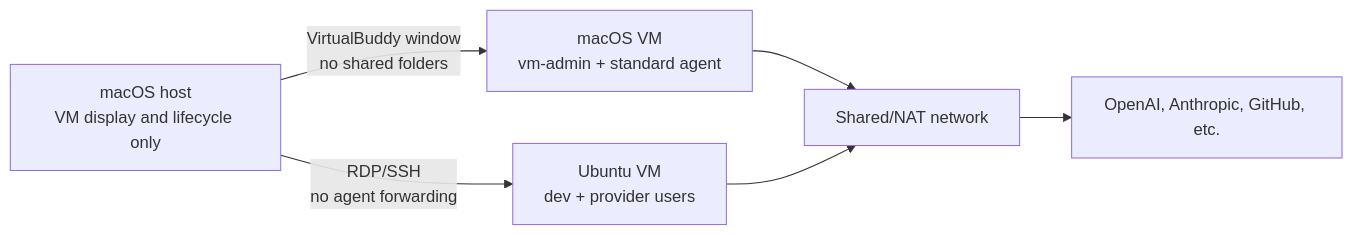
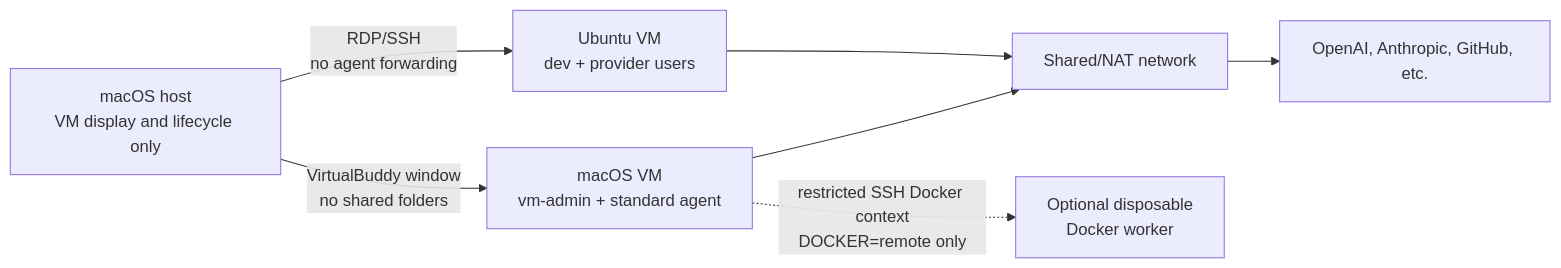
Before and after one commit to idosams/agent-devbox: the diagram in docs/ARCHITECTURE.md, drawn with Mermaid. The commit also changed other lines of this file and 16 other files, not shown here.

Commit message:
feat: add remote Docker and parallel VM modes

````diff
--- a/docs/ARCHITECTURE.md
+++ b/docs/ARCHITECTURE.md
@@ -9,13 +9,15 @@
 ```mermaid
 flowchart LR
   Host["macOS host\nVM display and lifecycle only"]
   NAT["Shared/NAT network"]
   MacVM["macOS VM\nvm-admin + standard agent"]
   LinuxVM["Ubuntu VM\ndev + provider users"]
+  DockerHost["Optional disposable\nDocker worker"]
   Providers["OpenAI, Anthropic, GitHub, etc."]
 
   Host -->|"VirtualBuddy window\nno shared folders"| MacVM
   Host -->|"RDP/SSH\nno agent forwarding"| LinuxVM
   MacVM --> NAT --> Providers
   LinuxVM --> NAT
+  MacVM -. "restricted SSH Docker context\nDOCKER=remote only" .-> DockerHost
 ```
````
